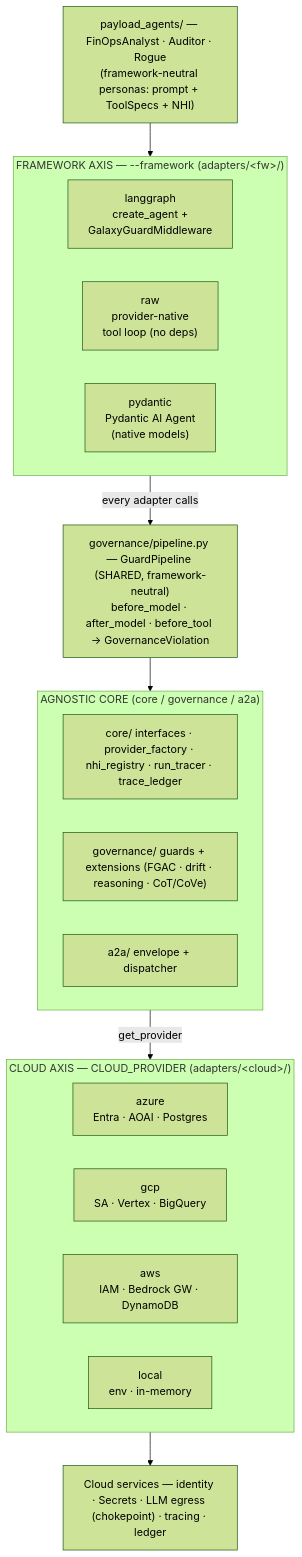
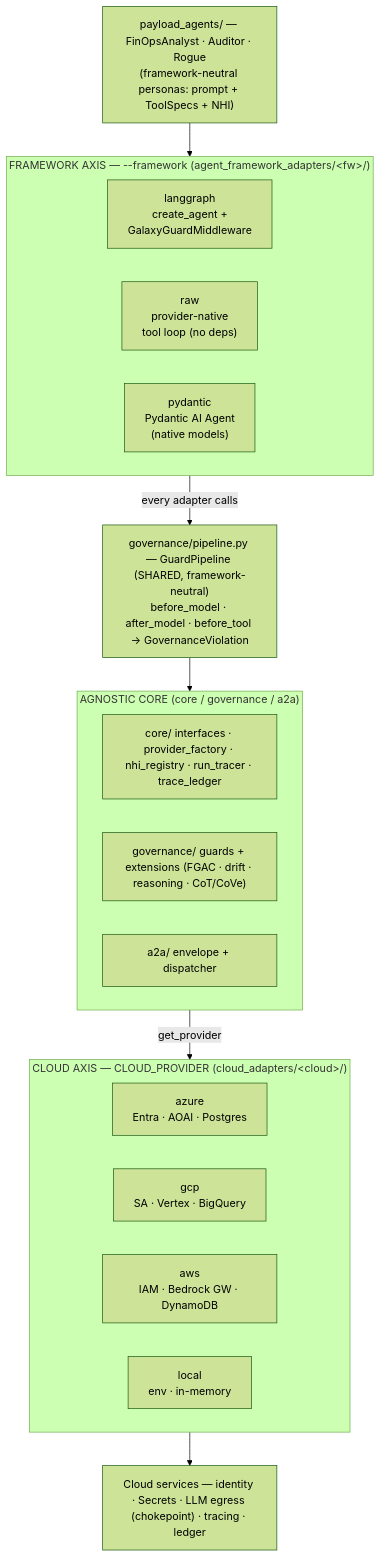
Before and after one commit to rlpatrao/agent-gov-sec: the first of 2 diagrams in docs/architecture-framework-aws.md, drawn with Mermaid (forest theme). The commit also changed other lines of this file and 116 other files, not shown here.

First line of the commit message:
refactor: split adapters/ into cloud_adapters/ and agent_framework_adapters/ (#33)

````diff
--- a/docs/architecture-framework-aws.md
+++ b/docs/architecture-framework-aws.md
@@ -57,36 +57,36 @@
 ```mermaid
 flowchart TB
     P["payload_agents/ — FinOpsAnalyst · Auditor · Rogue<br/>(framework-neutral personas: prompt + ToolSpecs + NHI)"]
 
-    subgraph FW["FRAMEWORK AXIS — --framework  (adapters/&lt;fw&gt;/)"]
+    subgraph FW["FRAMEWORK AXIS — --framework  (agent_framework_adapters/&lt;fw&gt;/)"]
       direction LR
       LG["langgraph<br/>create_agent +<br/>GalaxyGuardMiddleware"]
       RAW["raw<br/>provider-native<br/>tool loop (no deps)"]
       PYD["pydantic<br/>Pydantic AI Agent<br/>(native models)"]
     end
 
     GP["governance/pipeline.py — GuardPipeline (SHARED, framework-neutral)<br/>before_model · after_model · before_tool → GovernanceViolation"]
 
     subgraph CORE["AGNOSTIC CORE (core / governance / a2a)"]
       direction LR
       C1["core/ interfaces · provider_factory · nhi_registry · run_tracer · trace_ledger"]
       C2["governance/ guards + extensions (FGAC · drift · reasoning · CoT/CoVe)"]
       C3["a2a/ envelope + dispatcher"]
     end
 
-    subgraph CL["CLOUD AXIS — CLOUD_PROVIDER  (adapters/&lt;cloud&gt;/)"]
+    subgraph CL["CLOUD AXIS — CLOUD_PROVIDER  (cloud_adapters/&lt;cloud&gt;/)"]
       direction LR
       AZ["azure<br/>Entra · AOAI · Postgres"]
       GC["gcp<br/>SA · Vertex · BigQuery"]
       AW["aws<br/>IAM · Bedrock GW · DynamoDB"]
       LO["local<br/>env · in-memory"]
     end
 
     EXT["Cloud services — identity · Secrets · LLM egress (chokepoint) · tracing · ledger"]
 
     P --> FW
     FW -->|every adapter calls| GP
     GP --> CORE
     CORE -->|get_provider| CL
     CL --> EXT
 ```
````
